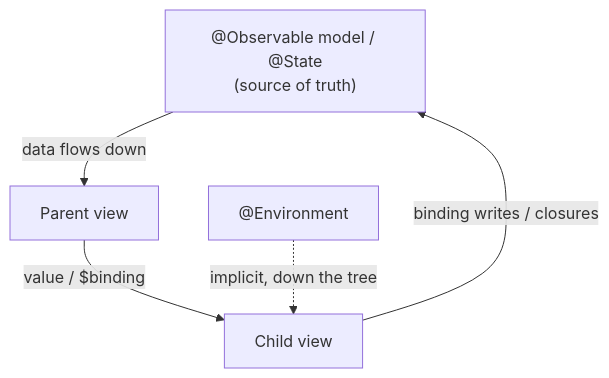
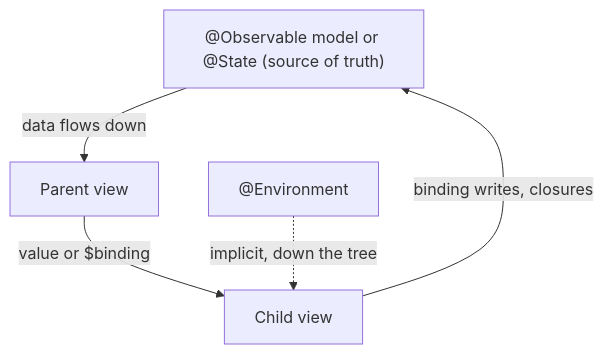
The third of 9 diagrams in topics/10-swiftui.md (AkshayAshokCode/iOS-Interview-Questions-and-Answers), drawn with Mermaid before and after one commit. The commit also changed other lines of this file and 18 other files, not shown here.

````diff
--- a/topics/10-swiftui.md
+++ b/topics/10-swiftui.md
@@ -165,7 +543,7 @@
 ```mermaid
 flowchart TD
-    M["@Observable model / @State<br/>(source of truth)"] -->|"data flows down"| P["Parent view"]
-    P -->|"value / $binding"| C["Child view"]
-    C -->|"binding writes / closures"| M
+    M["@Observable model or @State (source of truth)"] -->|"data flows down"| P["Parent view"]
+    P -->|"value or $binding"| C["Child view"]
+    C -->|"binding writes, closures"| M
     ENV["@Environment"] -.->|"implicit, down the tree"| C
 ```
````
